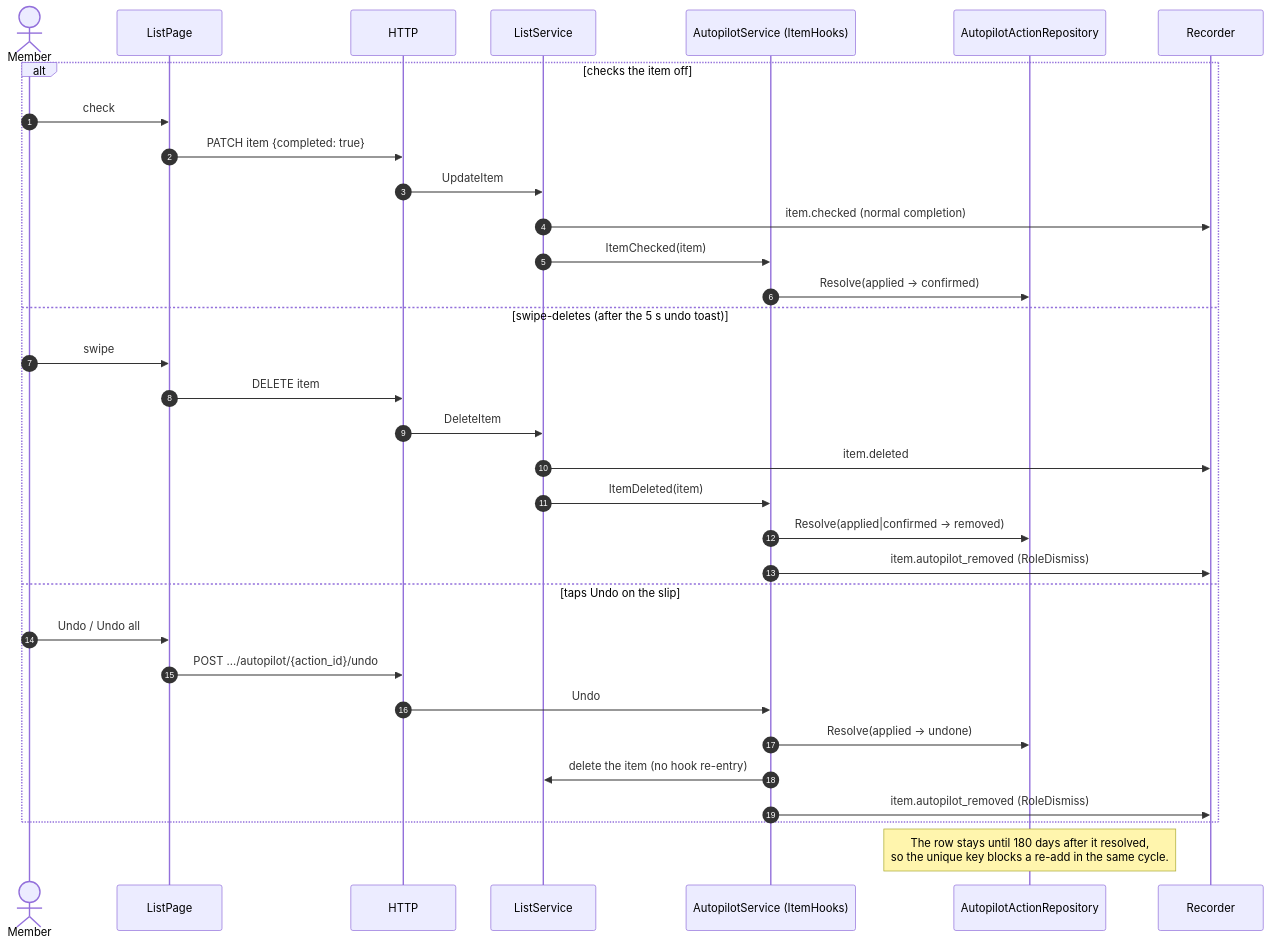
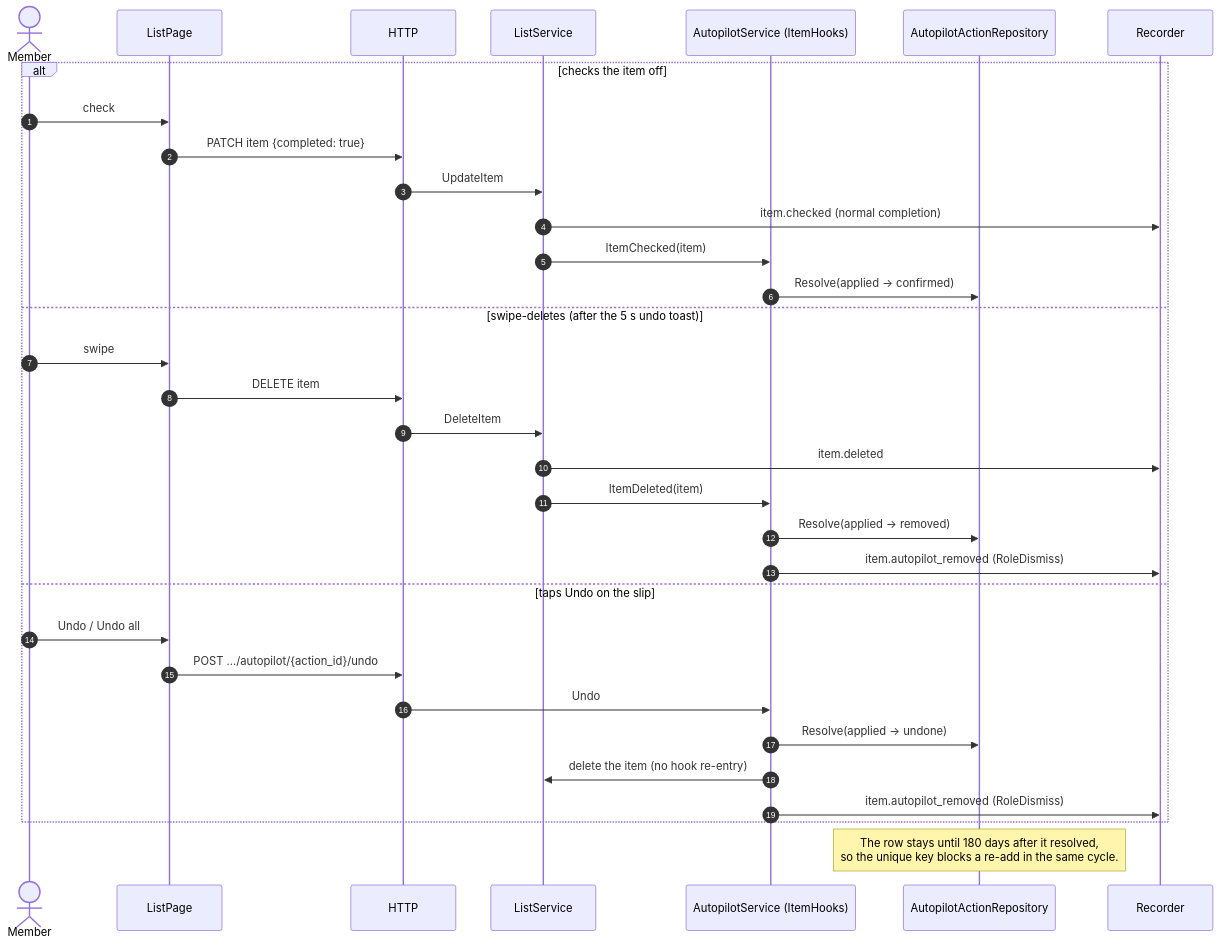
Before and after one commit to janvillarosa/gracie-app: the seventh of 11 diagrams in docs/superpowers/plans/2026-10-17-autopilot-engine.md, drawn with Mermaid. The commit also changed other lines of this file and 6 other files, not shown here.

````diff
--- a/docs/superpowers/plans/2026-10-17-autopilot-engine.md
+++ b/docs/superpowers/plans/2026-10-17-autopilot-engine.md
@@ -370,35 +374,35 @@
 ```mermaid
 sequenceDiagram
     autonumber
     actor U as Member
     participant LP as ListPage
     participant API as HTTP
     participant LS as ListService
     participant AS as AutopilotService (ItemHooks)
     participant AR as AutopilotActionRepository
     participant EV as Recorder
     alt checks the item off
         U->>LP: check
         LP->>API: PATCH item {completed: true}
         API->>LS: UpdateItem
         LS->>EV: item.checked (normal completion)
         LS->>AS: ItemChecked(item)
         AS->>AR: Resolve(applied → confirmed)
     else swipe-deletes (after the 5 s undo toast)
         U->>LP: swipe
         LP->>API: DELETE item
         API->>LS: DeleteItem
         LS->>EV: item.deleted
         LS->>AS: ItemDeleted(item)
-        AS->>AR: Resolve(applied|confirmed → removed)
+        AS->>AR: Resolve(applied → removed)
         AS->>EV: item.autopilot_removed (RoleDismiss)
     else taps Undo on the slip
         U->>LP: Undo / Undo all
         LP->>API: POST .../autopilot/{action_id}/undo
         API->>AS: Undo
         AS->>AR: Resolve(applied → undone)
         AS->>LS: delete the item (no hook re-entry)
         AS->>EV: item.autopilot_removed (RoleDismiss)
     end
     Note over AR: The row stays until 180 days after it resolved,<br/>so the unique key blocks a re-add in the same cycle.
 ```
````
